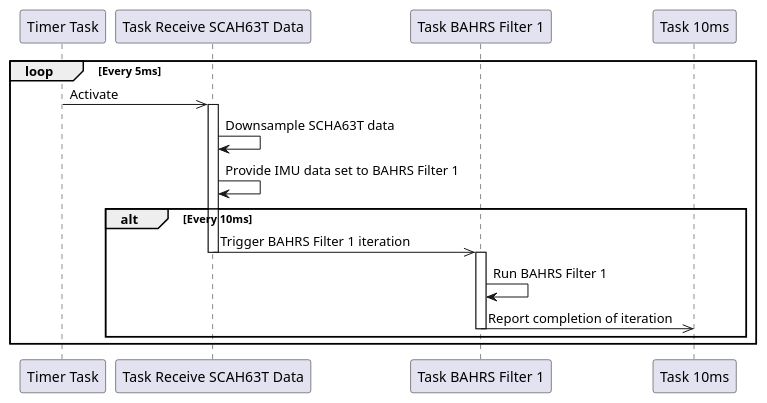
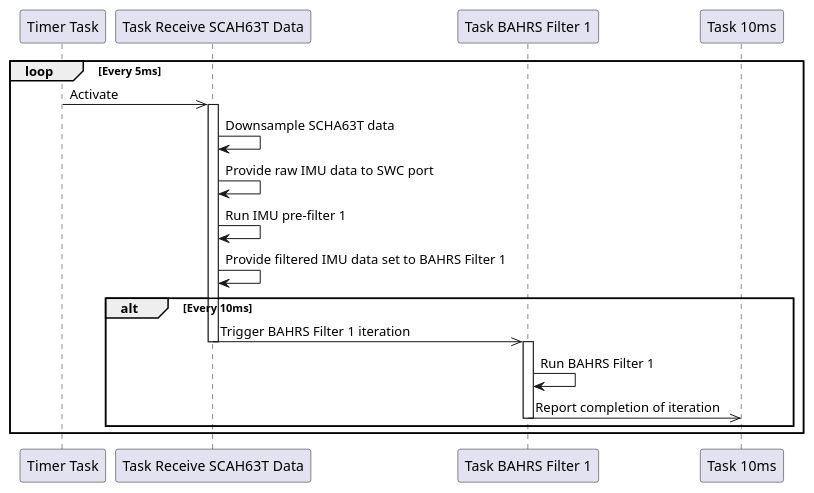
Before and after one commit to euler-nav/bahrs-arch-docs: the eighth of 16 diagrams in docs/inline_umlgraph_pnghtml.pu, drawn with PlantUML. The commit also changed other lines of this file and 233 other files, not shown here.

Commit message:
Update SW architecture

```diff
--- a/docs/inline_umlgraph_pnghtml.pu
+++ b/docs/inline_umlgraph_pnghtml.pu
@@ -231,23 +261,25 @@
 @startuml inline_umlgraph_2.png
 participant "Timer Task" as TimerTask
 participant "Task Receive SCAH63T Data" as Scha63TTask
 participant "Task BAHRS Filter 1" as BahrsFilter1
 participant "Task 10ms" as Task10ms
 
 loop Every 5ms
     TimerTask ->> Scha63TTask: Activate
 
     activate Scha63TTask
     Scha63TTask -> Scha63TTask: Downsample SCHA63T data
-    Scha63TTask -> Scha63TTask: Provide IMU data set to BAHRS Filter 1
+    Scha63TTask -> Scha63TTask: Provide raw IMU data to SWC port
+    Scha63TTask -> Scha63TTask: Run IMU pre-filter 1
+    Scha63TTask -> Scha63TTask: Provide filtered IMU data set to BAHRS Filter 1
 
     alt Every 10ms
         Scha63TTask ->> BahrsFilter1: Trigger BAHRS Filter 1 iteration
         deactivate Scha63TTask
         activate BahrsFilter1
         BahrsFilter1 -> BahrsFilter1: Run BAHRS Filter 1
         BahrsFilter1 ->> Task10ms: Report completion of iteration
         deactivate BahrsFilter1
     end
 end
 @enduml
```
